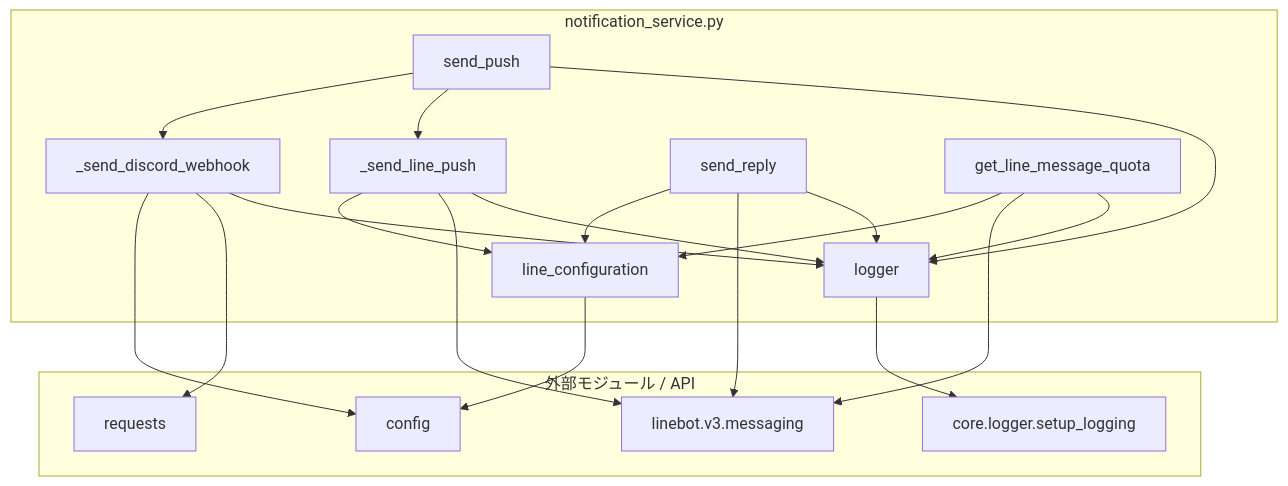
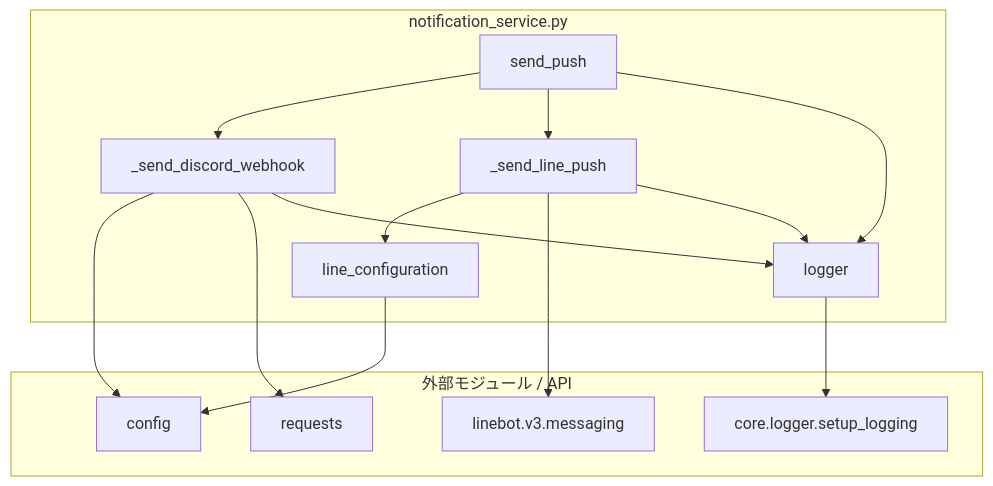
The second of 2 diagrams in docs/specifications/MY_HOME_SYSTEM/notification_service.md (mmtigers/my_python_project), drawn with Mermaid before and after one commit. The commit also changed other lines of this file and 87 other files, not shown here.

````diff
--- a/docs/specifications/MY_HOME_SYSTEM/notification_service.md
+++ b/docs/specifications/MY_HOME_SYSTEM/notification_service.md
@@ -260,43 +220,33 @@
 ```mermaid
 graph TD
     subgraph "notification_service.py"
         logger
         line_configuration
         _send_discord_webhook
         _send_line_push
         send_push
-        send_reply
-        get_line_message_quota
     end
     
     subgraph "外部モジュール / API"
         config
         setup_logging["core.logger.setup_logging"]
         requests
         linebot_api["linebot.v3.messaging"]
     end
     
     logger --> setup_logging
     line_configuration --> config
     
     _send_discord_webhook --> config
     _send_discord_webhook --> requests
     _send_discord_webhook --> logger
     
     _send_line_push --> line_configuration
     _send_line_push --> linebot_api
     _send_line_push --> logger
     
     send_push --> _send_discord_webhook
     send_push --> _send_line_push
     send_push --> logger
-    
-    send_reply --> line_configuration
-    send_reply --> linebot_api
-    send_reply --> logger
-    
-    get_line_message_quota --> line_configuration
-    get_line_message_quota --> linebot_api
-    get_line_message_quota --> logger
 
 ```
````
